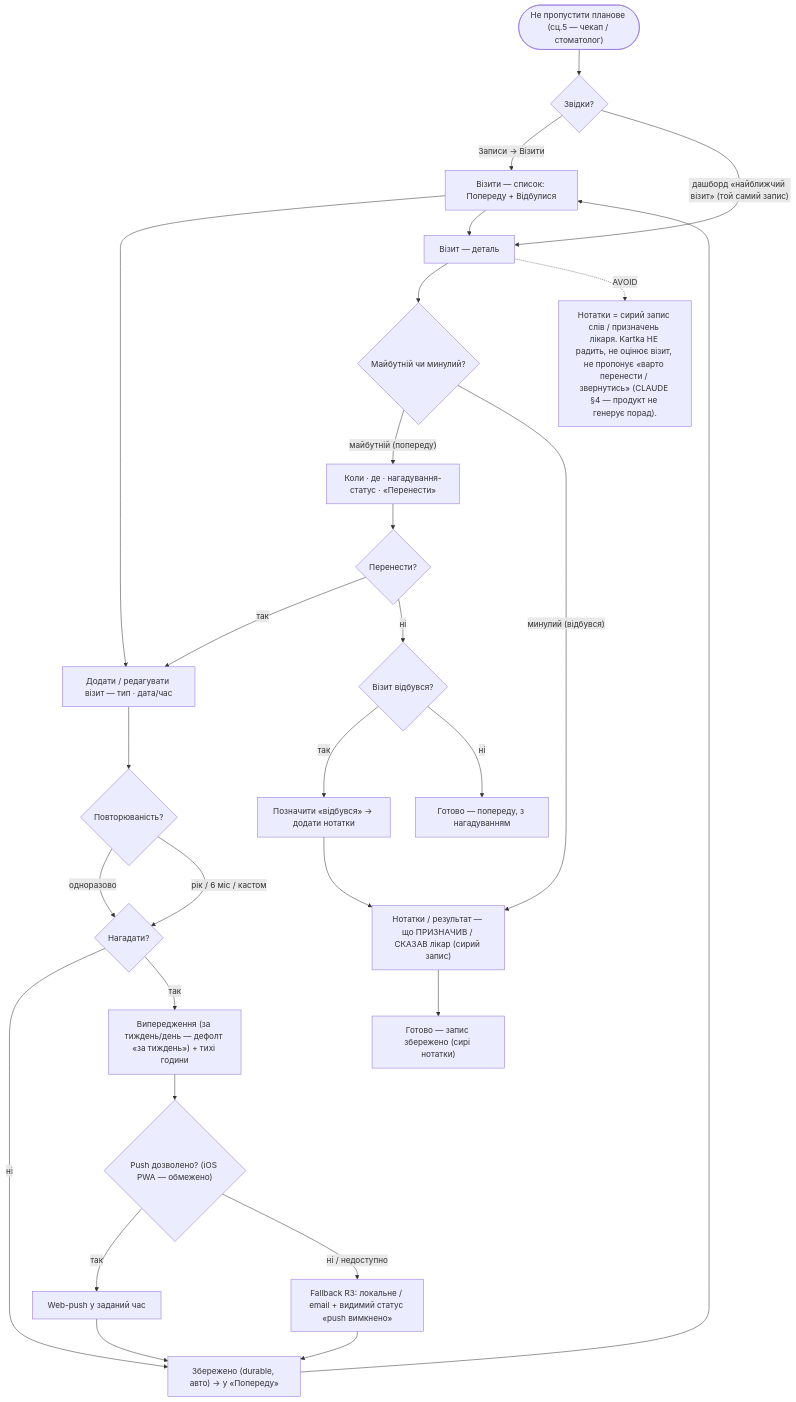
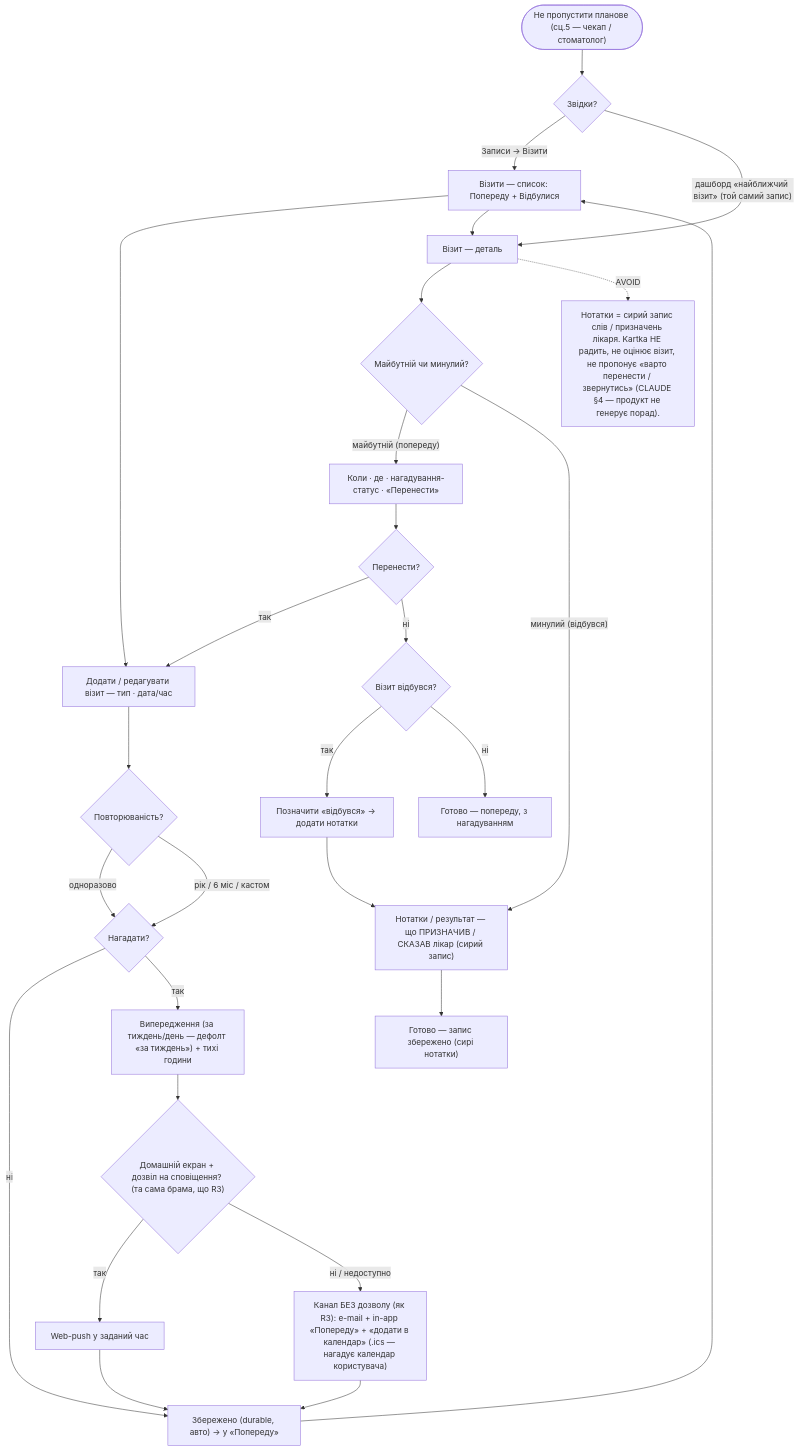
Before and after one commit to DShkiaruk/Kartka: the sixth of 6 diagrams in flows.md, drawn with Mermaid. The commit also changed other lines of this file and 8 other files, not shown here.

````diff
--- a/flows.md
+++ b/flows.md
@@ -343,36 +357,36 @@
 ```mermaid
 flowchart TD
   start(["Не пропустити планове (сц.5 — чекап / стоматолог)"]) --> entry{"Звідки?"}
   entry -->|"Записи → Візити"| list["Візити — список: Попереду + Відбулися"]
   entry -->|"дашборд «найближчий візит» (той самий запис)"| detail
 
   %% ── ДОДАТИ візит + НАГАДУВАННЯ (перевикористання push-fallback з R3) ──
   list --> add["Додати / редагувати візит — тип · дата/час"]
   add --> rec{"Повторюваність?"}
   rec -->|"одноразово"| remq
   rec -->|"рік / 6 міс / кастом"| remq{"Нагадати?"}
   remq -->|"ні"| saveV["Збережено (durable, авто) → у «Попереду»"]
   remq -->|"так"| lead["Випередження (за тиждень/день — дефолт «за тиждень») + тихі години"]
-  lead --> pushq{"Push дозволено? (iOS PWA — обмежено)"}
-  pushq -->|"так"| pushok["Web-push у заданий час"]
-  pushq -->|"ні / недоступно"| fallback["Fallback R3: локальне / email + видимий статус «push вимкнено»"]
+  lead --> gate{"Домашній екран + дозвіл на сповіщення? (та сама брама, що R3)"}
+  gate -->|"так"| pushok["Web-push у заданий час"]
+  gate -->|"ні / недоступно"| chan["Канал БЕЗ дозволу (як R3): e-mail + in-app «Попереду» + «додати в календар» (.ics — нагадує календар користувача)"]
   pushok --> saveV
-  fallback --> saveV
+  chan --> saveV
   saveV --> list
 
   %% ── ДЕТАЛЬ + перебіг статусу (майбутній → минулий) ──
   list --> detail["Візит — деталь"]
   detail --> when{"Майбутній чи минулий?"}
   when -->|"майбутній (попереду)"| future["Коли · де · нагадування-статус · «Перенести»"]
   when -->|"минулий (відбувся)"| past["Нотатки / результат — що ПРИЗНАЧИВ / СКАЗАВ лікар (сирий запис)"]
   future --> resq{"Перенести?"}
   resq -->|"так"| add
   resq -->|"ні"| happened{"Візит відбувся?"}
   happened -->|"так"| markdone["Позначити «відбувся» → додати нотатки"]
   happened -->|"ні"| done["Готово — попереду, з нагадуванням"]
   markdone --> past
   past --> donep["Готово — запис збережено (сирі нотатки)"]
 
   %% ── МЕЖА (AVOID) ──
   detail -.->|"AVOID"| avoid["Нотатки = сирий запис слів / призначень лікаря. Kartka НЕ радить, не оцінює візит, не пропонує «варто перенести / звернутись» (CLAUDE §4 — продукт не генерує порад)."]
 ```
````
